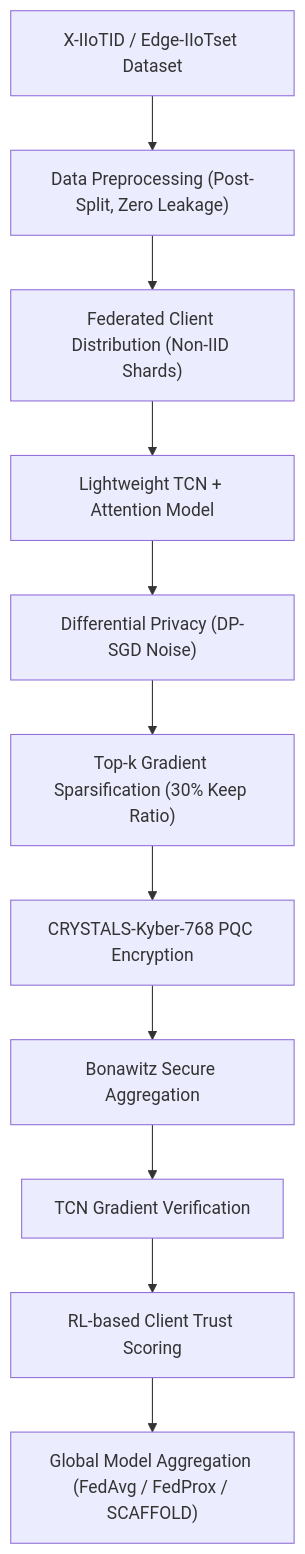
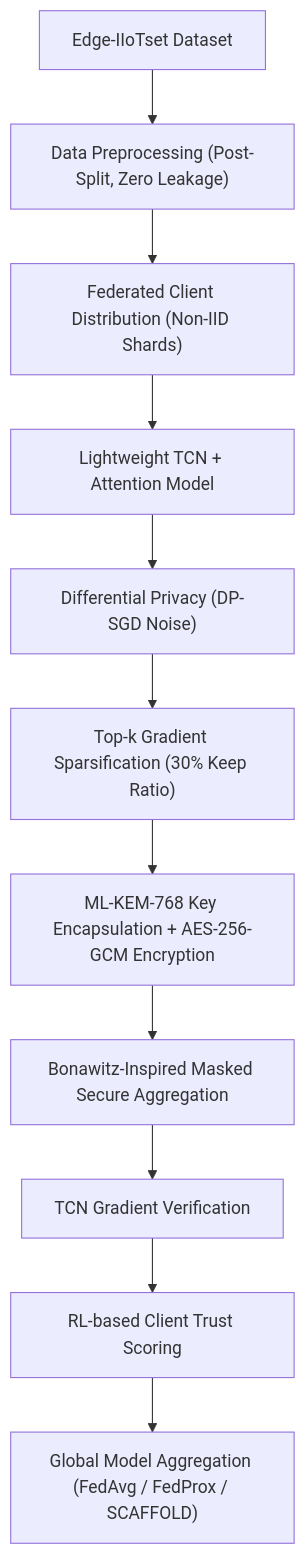
Before and after one commit to NAVEEN001138/research_on_cyber: the diagram in RESEARCH_PAPER_IEEE.md, drawn with Mermaid. The commit also changed other lines of this file and 21 other files, not shown here.

````diff
--- a/RESEARCH_PAPER_IEEE.md
+++ b/RESEARCH_PAPER_IEEE.md
@@ -34,13 +36,14 @@
 ```mermaid
 graph TD
-    A["X-IIoTID / Edge-IIoTset Dataset"] --> B["Data Preprocessing (Post-Split, Zero Leakage)"]
+    A["Edge-IIoTset Dataset"] --> B["Data Preprocessing (Post-Split, Zero Leakage)"]
     B --> C["Federated Client Distribution (Non-IID Shards)"]
     C --> D["Lightweight TCN + Attention Model"]
     D --> E["Differential Privacy (DP-SGD Noise)"]
     E --> F["Top-k Gradient Sparsification (30% Keep Ratio)"]
-    F --> G["CRYSTALS-Kyber-768 PQC Encryption"]
-    G --> H["Bonawitz Secure Aggregation"]
+    F --> G["ML-KEM-768 Key Encapsulation + AES-256-GCM Encryption"]
+    G --> H["Bonawitz-Inspired Masked Secure Aggregation"]
     H --> I["TCN Gradient Verification"]
     I --> J["RL-based Client Trust Scoring"]
+
     J --> K["Global Model Aggregation (FedAvg / FedProx / SCAFFOLD)"]
 ```
````
